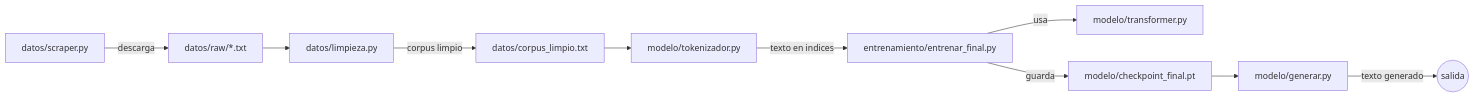
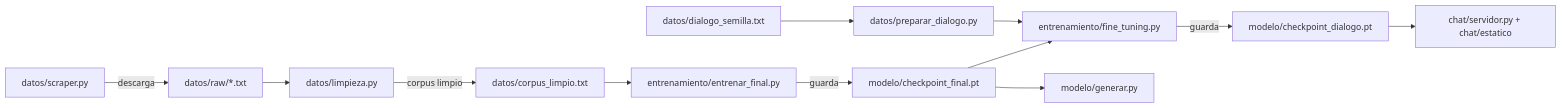
The diagram in README.md (RubenMMPS/mini-llm-desde-cero), drawn with Mermaid before and after one commit. The commit also changed other lines of this file, not shown here.

Commit message:
docs(readme): document fine-tuning, chat and round 2 results with learnings

````diff
--- a/README.md
+++ b/README.md
@@ -13,12 +13,14 @@
 ```mermaid
 flowchart LR
     A[datos/scraper.py] -->|descarga| B[datos/raw/*.txt]
     B --> C[datos/limpieza.py]
     C -->|corpus limpio| D[datos/corpus_limpio.txt]
-    D --> E[modelo/tokenizador.py]
-    E -->|texto en indices| F[entrenamiento/entrenar_final.py]
-    F -->|usa| G[modelo/transformer.py]
+    D --> F[entrenamiento/entrenar_final.py]
     F -->|guarda| H[modelo/checkpoint_final.pt]
+    S[datos/dialogo_semilla.txt] --> P[datos/preparar_dialogo.py]
+    P --> FT[entrenamiento/fine_tuning.py]
+    H --> FT
+    FT -->|guarda| CD[modelo/checkpoint_dialogo.pt]
+    CD --> W[chat/servidor.py + chat/estatico]
     H --> I[modelo/generar.py]
-    I -->|texto generado| J((salida))
 ```
````
